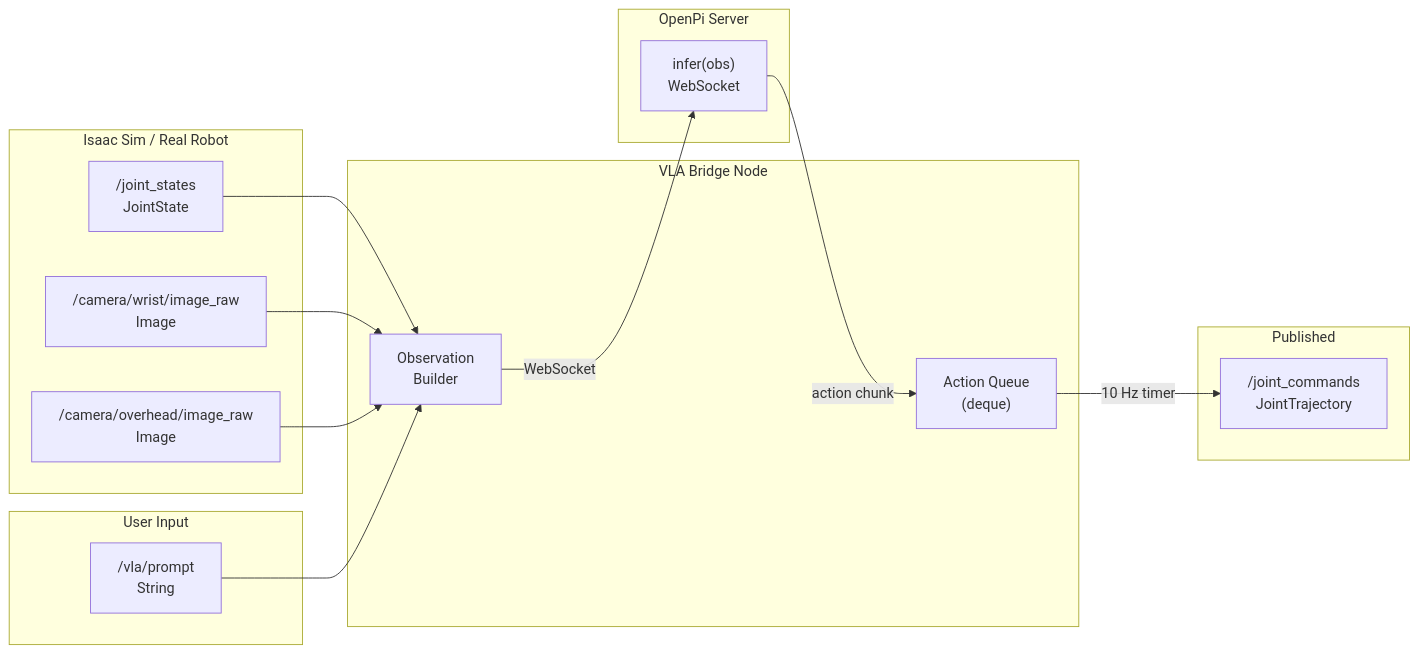
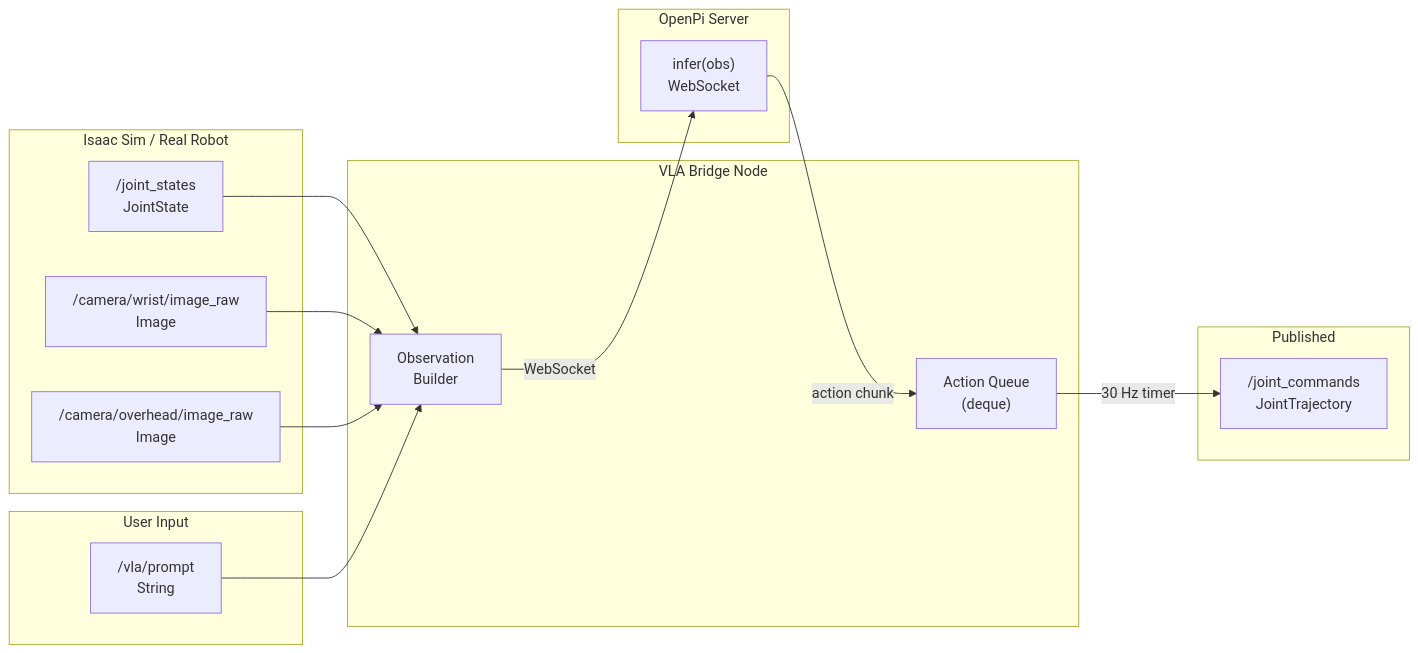
Before and after one commit to Jbruslind/soarm101-isaac: the fifth of 5 diagrams in docs/ARCHITECTURE.md, drawn with Mermaid. The commit also changed 31 other files, not shown here.

````diff
--- a/docs/ARCHITECTURE.md
+++ b/docs/ARCHITECTURE.md
@@ -217,29 +217,29 @@
 ```mermaid
 graph LR
     subgraph isaacOrReal ["Isaac Sim  /  Real Robot"]
         JS["/joint_states\nJointState"]
         WC["/camera/wrist/image_raw\nImage"]
         OC["/camera/overhead/image_raw\nImage"]
     end
     subgraph bridge ["VLA Bridge Node"]
         OB["Observation\nBuilder"]
         AQ["Action Queue\n(deque)"]
     end
     subgraph openpi ["OpenPi Server"]
         INF["infer(obs)\nWebSocket"]
     end
     subgraph commands ["Published"]
         JC["/joint_commands\nJointTrajectory"]
     end
     subgraph prompts ["User Input"]
         PR["/vla/prompt\nString"]
     end
 
     JS --> OB
     WC --> OB
     OC --> OB
     PR --> OB
     OB -- "WebSocket" --> INF
     INF -- "action chunk" --> AQ
-    AQ -- "10 Hz timer" --> JC
+    AQ -- "30 Hz timer" --> JC
 ```
````
